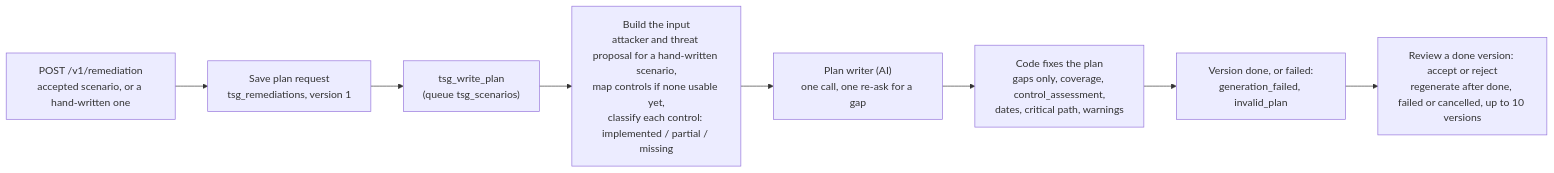
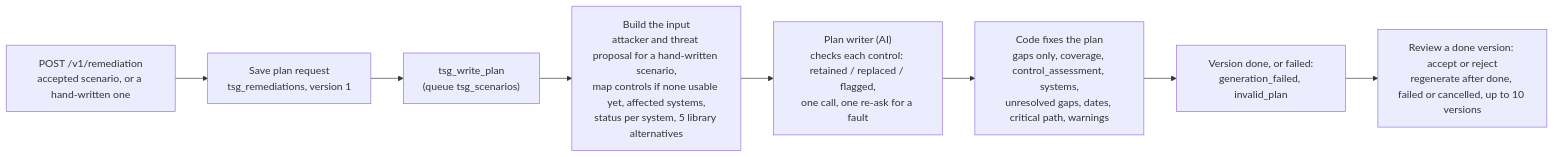
Before and after one commit to gopalchettri/cii: diagram 12 of 13 in docs/TSG_END_TO_END_FLOW.md, drawn with Mermaid. The commit also changed other lines of this file and 4 other files, not shown here.

First line of the commit message:
Remediation: the console shows each control's check, systems and unresolved gaps; prompt version remediation-3 (D19)

````diff
--- a/docs/TSG_END_TO_END_FLOW.md
+++ b/docs/TSG_END_TO_END_FLOW.md
@@ -3523,10 +3523,10 @@
 ```mermaid
 flowchart LR
     RQ["POST /v1/remediation<br/>accepted scenario, or a hand-written one"] --> SV["Save plan request<br/>tsg_remediations, version 1"]
     SV --> JB["tsg_write_plan<br/>(queue tsg_scenarios)"]
-    JB --> IN["Build the input<br/>attacker and threat proposal for a hand-written scenario,<br/>map controls if none usable yet,<br/>classify each control: implemented / partial / missing"]
-    IN --> AIP["Plan writer (AI)<br/>one call, one re-ask for a gap"]
-    AIP --> FIX["Code fixes the plan<br/>gaps only, coverage, control_assessment,<br/>dates, critical path, warnings"]
+    JB --> IN["Build the input<br/>attacker and threat proposal for a hand-written scenario,<br/>map controls if none usable yet, affected systems,<br/>status per system, 5 library alternatives"]
+    IN --> AIP["Plan writer (AI)<br/>checks each control: retained / replaced / flagged,<br/>one call, one re-ask for a fault"]
+    AIP --> FIX["Code fixes the plan<br/>gaps only, coverage, control_assessment, systems,<br/>unresolved gaps, dates, critical path, warnings"]
     FIX --> VD["Version done, or failed:<br/>generation_failed, invalid_plan"]
     VD --> RV["Review a done version: accept or reject<br/>regenerate after done, failed or cancelled, up to 10 versions"]
 ```
````
